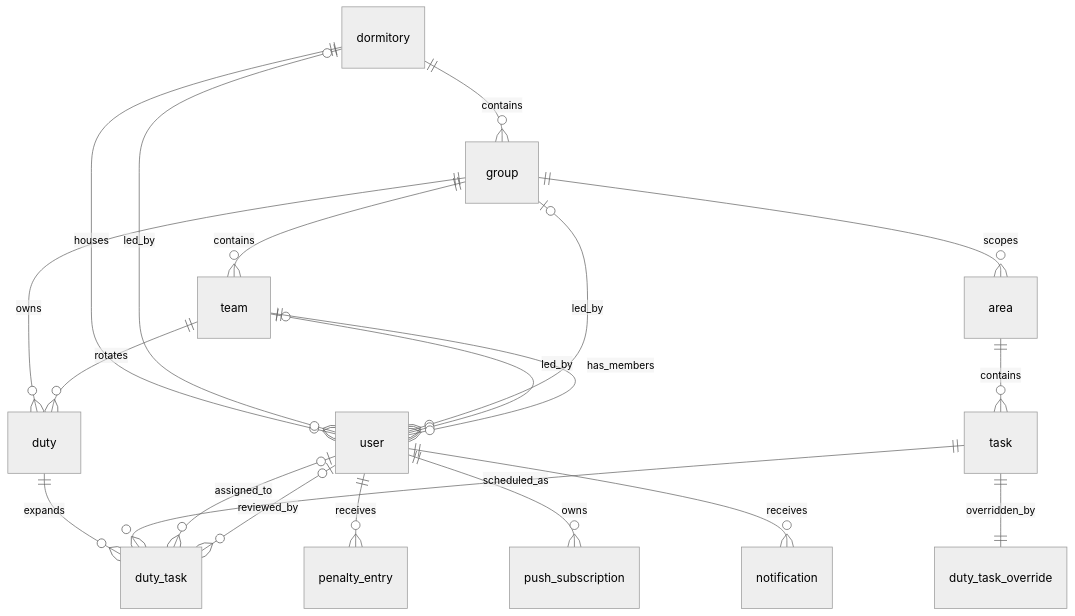
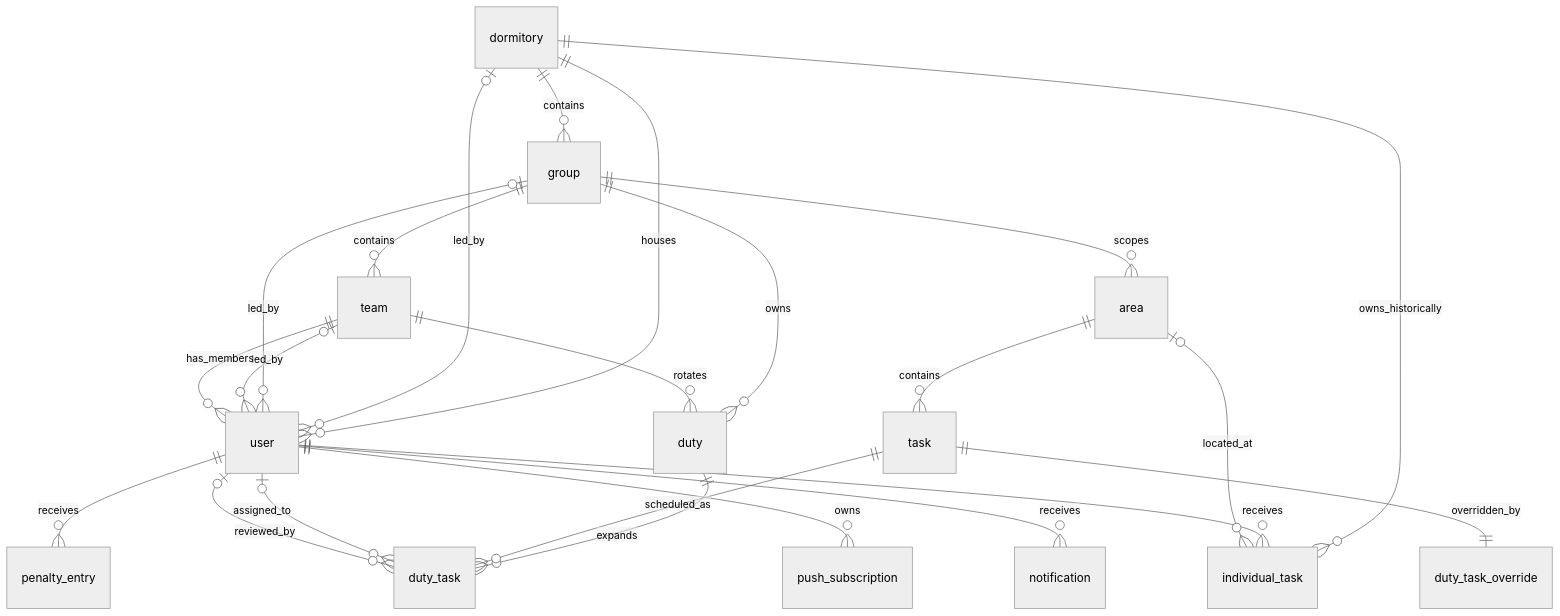
The diagram in docs/architecture/database.md (cetusw/dorm), drawn with Mermaid (neutral theme) before and after one commit. The commit also changed other lines of this file and 24 other files, not shown here.

````diff
--- a/docs/architecture/database.md
+++ b/docs/architecture/database.md
@@ -170,28 +181,31 @@
 ```mermaid
 erDiagram
     dormitory ||--o{ group : contains
     dormitory ||--o{ user : houses
     dormitory o|--o{ user : led_by
 
     group ||--o{ team : contains
     group o|--o{ user : led_by
     group ||--o{ area : scopes
     group ||--o{ duty : owns
 
     team o|--o{ user : led_by
     team ||--o{ user : has_members
     team ||--o{ duty : rotates
 
     area ||--o{ task : contains
 
     duty ||--o{ duty_task : expands
     task ||--o{ duty_task : scheduled_as
     task ||--|| duty_task_override : overridden_by
 
     user o|--o{ duty_task : assigned_to
     user o|--o{ duty_task : reviewed_by
 
     user ||--o{ penalty_entry : receives
+    dormitory ||--o{ individual_task : owns_historically
+    user ||--o{ individual_task : receives
+    area o|--o{ individual_task : located_at
     user ||--o{ push_subscription : owns
     user ||--o{ notification : receives
 ```
````
